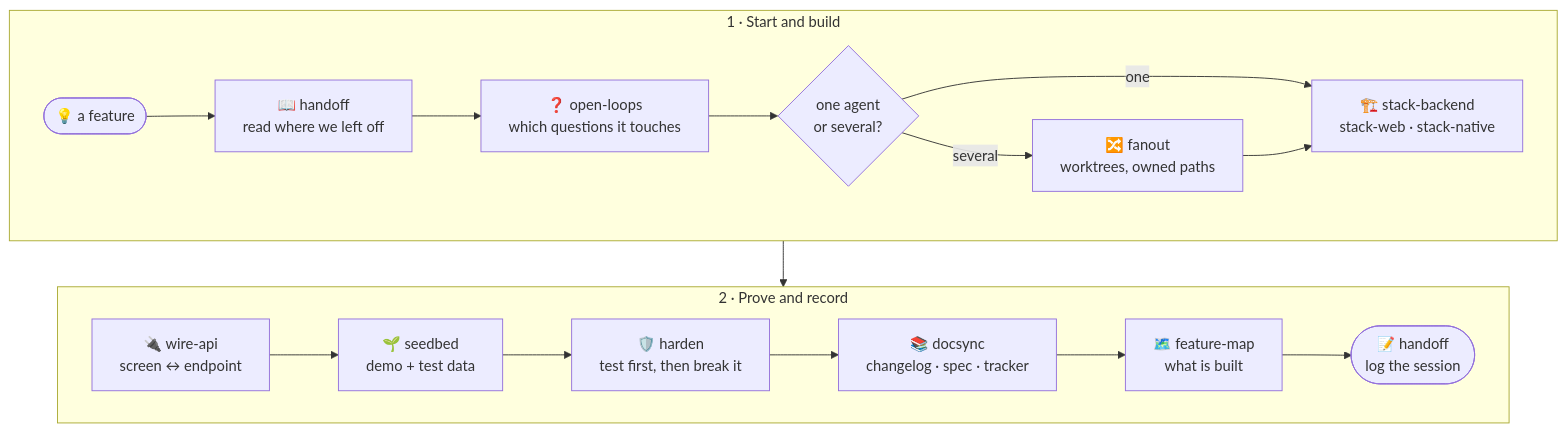
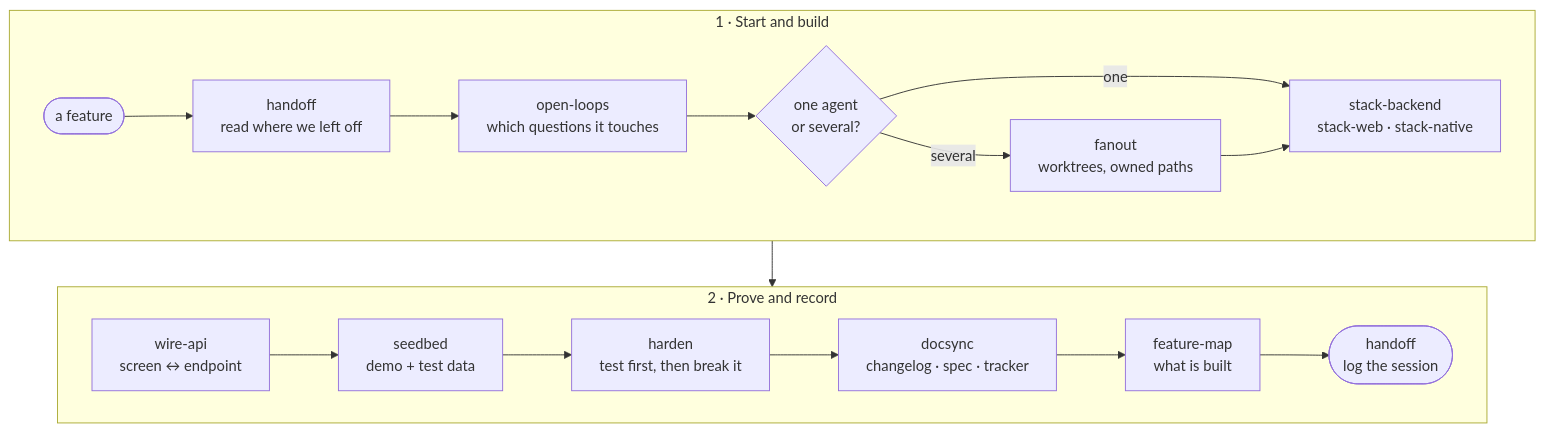
Before and after one commit to kshanxs/shipkit: the third of 7 diagrams in README.md, drawn with Mermaid. The commit also changed other lines of this file, not shown here.

````diff
--- a/README.md
+++ b/README.md
@@ -191,21 +191,21 @@
 ```mermaid
 flowchart TB
     subgraph plan["1 · Start and build"]
         direction LR
-        start(["💡 a feature"]) --> handoffr["📖 handoff<br/>read where we left off"]
-        handoffr --> loops1["❓ open-loops<br/>which questions it touches"]
+        start(["a feature"]) --> handoffr["handoff<br/>read where we left off"]
+        handoffr --> loops1["open-loops<br/>which questions it touches"]
         loops1 --> buildc{"one agent<br/>or several?"}
-        buildc -- one --> stack["🏗️ stack-backend<br/>stack-web · stack-native"]
-        buildc -- several --> fanout["🔀 fanout<br/>worktrees, owned paths"]
+        buildc -- one --> stack["stack-backend<br/>stack-web · stack-native"]
+        buildc -- several --> fanout["fanout<br/>worktrees, owned paths"]
         fanout --> stack
     end
     subgraph prove["2 · Prove and record"]
         direction LR
-        wire["🔌 wire-api<br/>screen ↔ endpoint"] --> seed["🌱 seedbed<br/>demo + test data"]
-        seed --> harden["🛡️ harden<br/>test first, then break it"]
-        harden --> docs["📚 docsync<br/>changelog · spec · tracker"]
-        docs --> fmap["🗺️ feature-map<br/>what is built"]
-        fmap --> handoffw(["📝 handoff<br/>log the session"])
+        wire["wire-api<br/>screen ↔ endpoint"] --> seed["seedbed<br/>demo + test data"]
+        seed --> harden["harden<br/>test first, then break it"]
+        harden --> docs["docsync<br/>changelog · spec · tracker"]
+        docs --> fmap["feature-map<br/>what is built"]
+        fmap --> handoffw(["handoff<br/>log the session"])
     end
     plan --> prove
 ```
````
